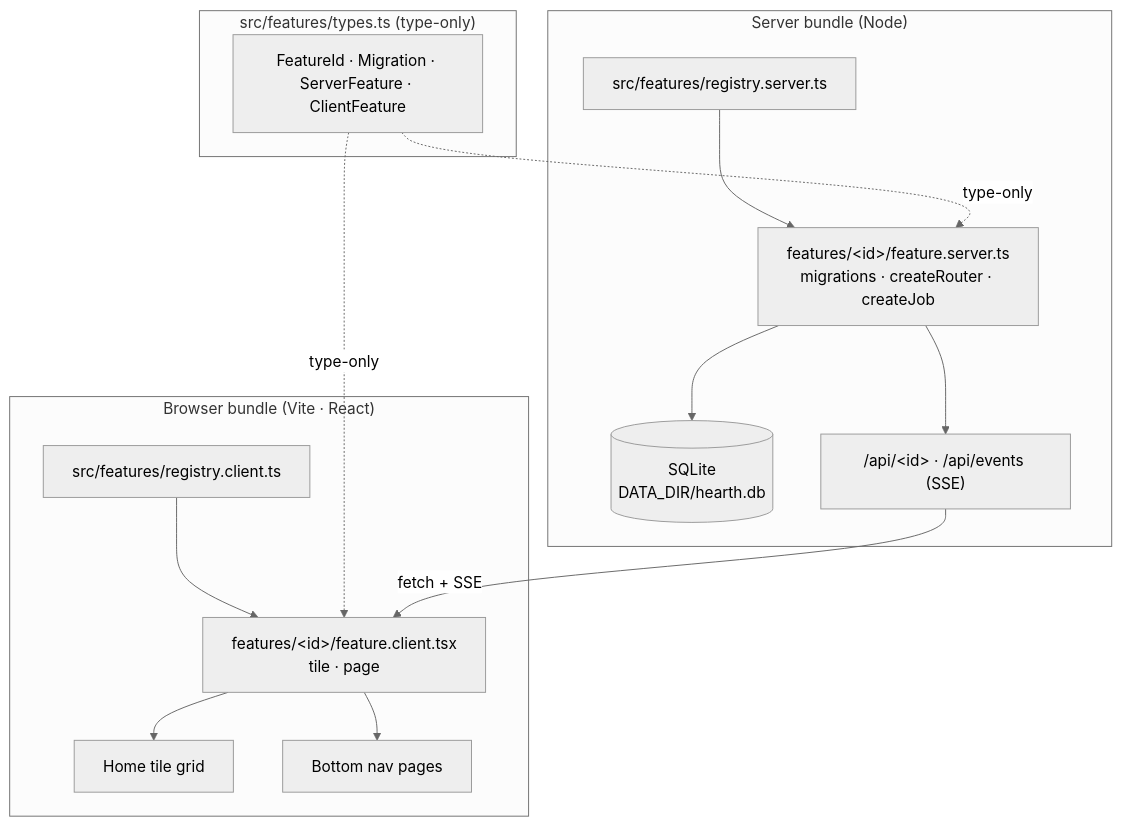
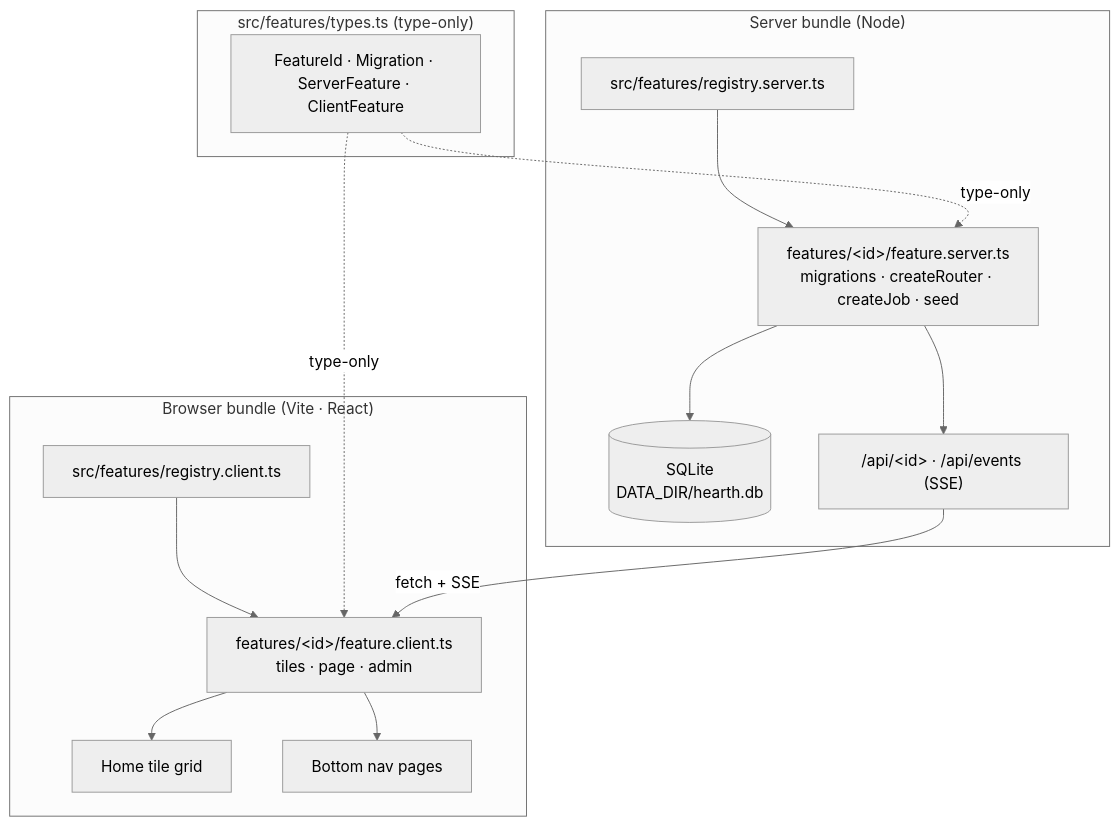
The diagram in docs/DESIGN.md (jordanjohnson56/hearth), drawn with Mermaid (neutral theme) before and after one commit. The commit also changed other lines of this file and 1 other file, not shown here.

First line of the commit message:
Wrap up M2: README admin and chores sections, DESIGN current state

````diff
--- a/docs/DESIGN.md
+++ b/docs/DESIGN.md
@@ -116,26 +118,26 @@
 ```mermaid
 graph TD
   subgraph shared["src/features/types.ts (type-only)"]
     T["FeatureId · Migration · ServerFeature · ClientFeature"]
   end
 
   subgraph server["Server bundle (Node)"]
     SR["src/features/registry.server.ts"]
-    SF["features/&lt;id&gt;/feature.server.ts<br/>migrations · createRouter · createJob"]
+    SF["features/&lt;id&gt;/feature.server.ts<br/>migrations · createRouter · createJob · seed"]
     SR --> SF
     SF --> DB[("SQLite<br/>DATA_DIR/hearth.db")]
     SF --> API["/api/&lt;id&gt; · /api/events (SSE)"]
   end
 
   subgraph client["Browser bundle (Vite · React)"]
     CR["src/features/registry.client.ts"]
-    CF["features/&lt;id&gt;/feature.client.tsx<br/>tile · page"]
+    CF["features/&lt;id&gt;/feature.client.ts<br/>tiles · page · admin"]
     CR --> CF
     CF --> HOME["Home tile grid"]
     CF --> NAV["Bottom nav pages"]
   end
 
   T -.type-only.-> SF
   T -.type-only.-> CF
   API -->|fetch + SSE| CF
 ```
````
